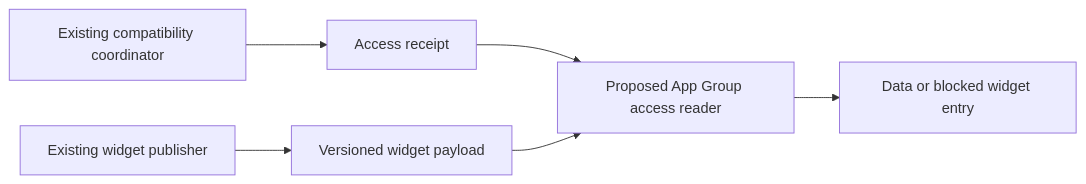
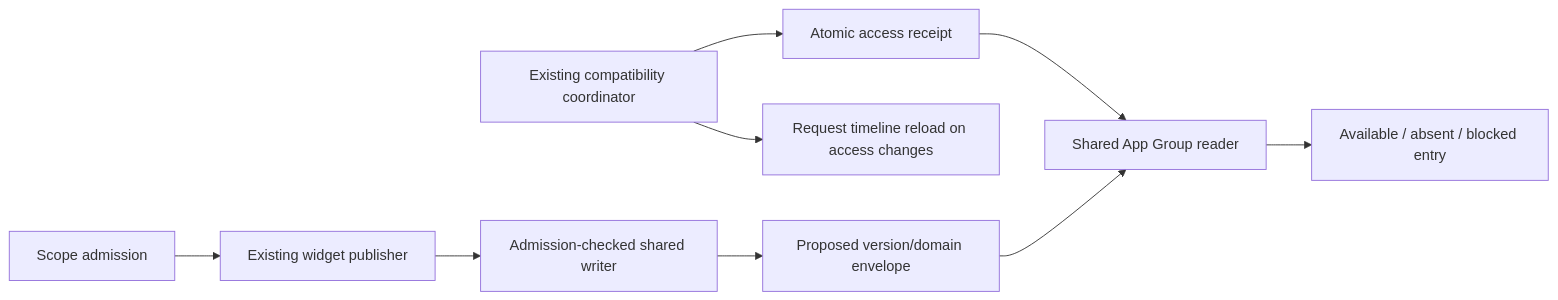
One commit to kyleve/Stuff changed the diagram in Plans/2026-11-17-compatibility-access/02-widget-access.md. Above: the diagram before and after it, drawn with Mermaid. The commit also changed other lines of this file and 2 other files, not shown here.

First line of the commit message:
docs(Where): complete access step and refine widget plan

````diff
--- a/Plans/2026-11-17-compatibility-access/02-widget-access.md
+++ b/Plans/2026-11-17-compatibility-access/02-widget-access.md
@@ -15,8 +23,11 @@
 ```mermaid
 flowchart LR
-    Coordinator[Existing compatibility coordinator] --> Receipt[Access receipt]
-    Publisher[Existing widget publisher] --> Payload[Versioned widget payload]
-    Receipt --> Reader[Proposed App Group access reader]
+    Coordinator[Existing compatibility coordinator] --> Receipt[Atomic access receipt]
+    Admission[Scope admission] --> Publisher[Existing widget publisher]
+    Publisher --> Writer[Admission-checked shared writer]
+    Writer --> Payload[Proposed version/domain envelope]
+    Receipt --> Reader[Shared App Group reader]
     Payload --> Reader
-    Reader --> Widget[Data or blocked widget entry]
+    Reader --> Widget[Available / absent / blocked entry]
+    Coordinator --> Reload[Request timeline reload on access changes]
 ```
````
